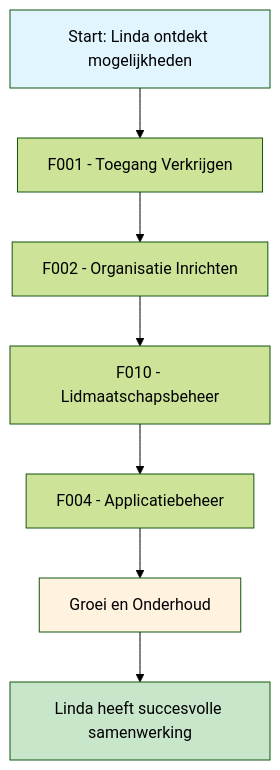
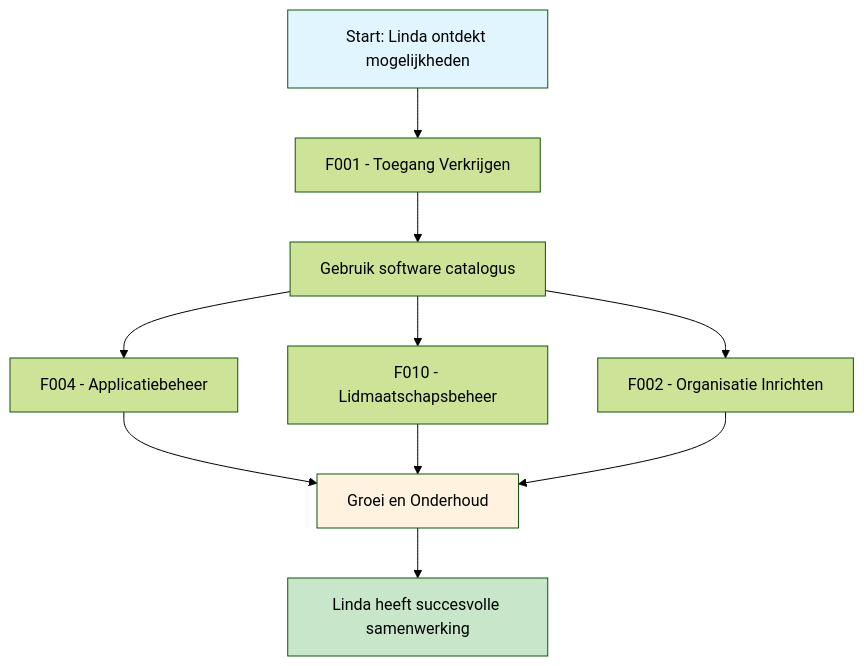
Before and after one commit to VNG-Realisatie/Softwarecatalogus: the first of 2 diagrams in website/docs/Klantreizen/klantreis_samenwerking.md, drawn with Mermaid (forest theme). The commit also changed 4 other files, not shown here.

````diff
--- a/website/docs/Klantreizen/klantreis_samenwerking.md
+++ b/website/docs/Klantreizen/klantreis_samenwerking.md
@@ -74,13 +74,16 @@
 ```mermaid
 flowchart TD
     A[Start: Linda ontdekt mogelijkheden] --> F001[F001 - Toegang Verkrijgen]
-    F001 --> F002[F002 - Organisatie Inrichten]
-    F002 --> F010[F010 - Lidmaatschapsbeheer]
-    F010 --> F004[F004 - Applicatiebeheer]
+    F001 --> GEBRUIK[Gebruik software catalogus]
+    GEBRUIK --> F002[F002 - Organisatie Inrichten]
+    GEBRUIK --> F010[F010 - Lidmaatschapsbeheer]
+    GEBRUIK --> F004[F004 - Applicatiebeheer]
     F004 --> GROWTH[Groei en Onderhoud]
+    F010 --> GROWTH[Groei en Onderhoud]
+    F002 --> GROWTH[Groei en Onderhoud]
     GROWTH --> END[Linda heeft succesvolle samenwerking]
     
     style A fill:#e1f5fe
     style END fill:#c8e6c9
     style GROWTH fill:#fff3e0
 ```
````
